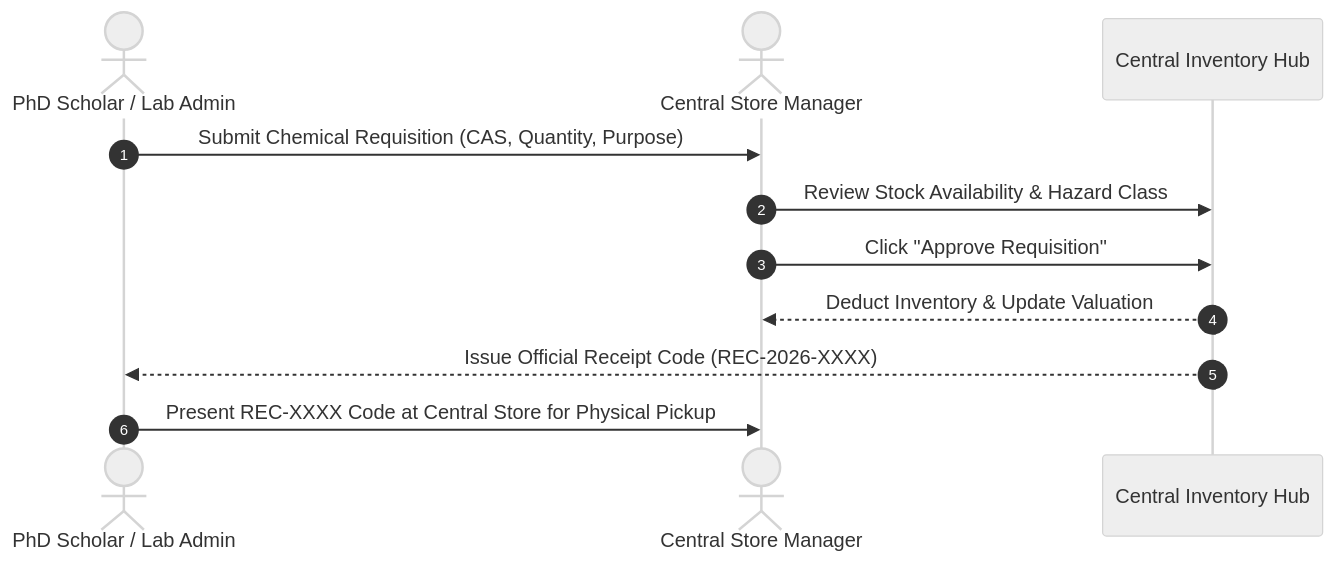
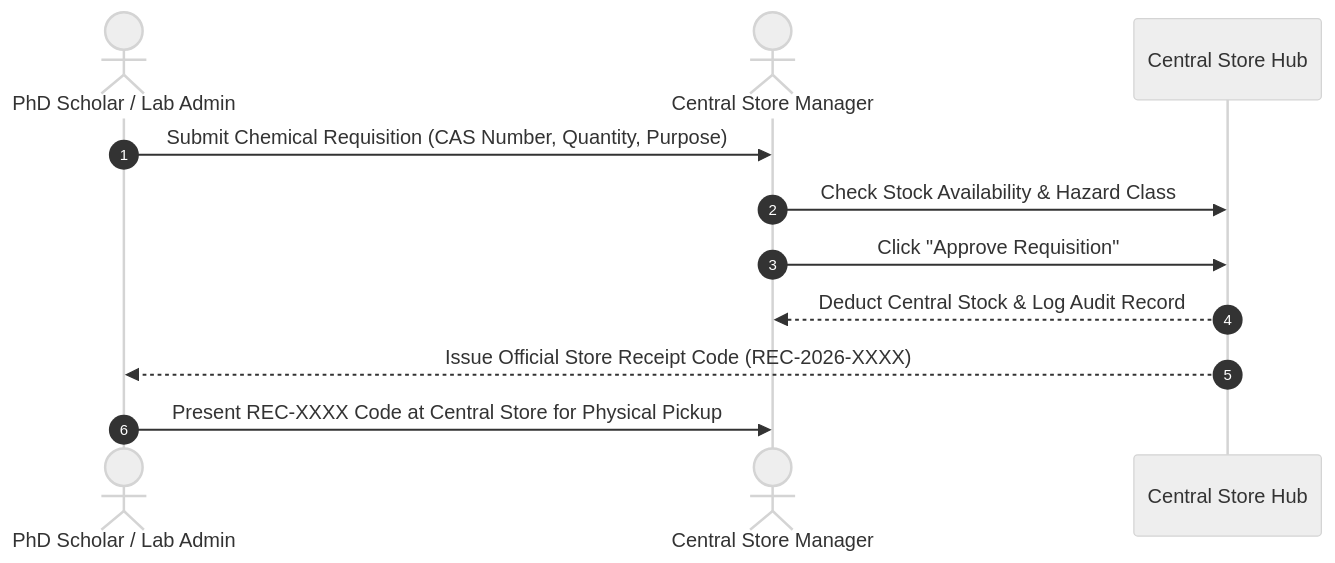
One commit to rasayanflowsgsits-creator/RasayanFlow2.0 changed the second of 2 diagrams in README.md. Above: the diagram before and after it, drawn with Mermaid (neutral theme). The commit also changed other lines of this file, not shown here.

Commit message:
README: Make README.md ultra-creative with ASCII banners, mermaid diagrams, role manual cards, carousels, and shields

````diff
--- a/README.md
+++ b/README.md
@@ -94,14 +120,14 @@
 ```mermaid
 sequenceDiagram
     autonumber
     actor PhD as PhD Scholar / Lab Admin
     actor SM as Central Store Manager
-    participant Store as Central Inventory Hub
+    participant Store as Central Store Hub
 
-    PhD->>SM: Submit Chemical Requisition (CAS, Quantity, Purpose)
-    SM->>Store: Review Stock Availability & Hazard Class
+    PhD->>SM: Submit Chemical Requisition (CAS Number, Quantity, Purpose)
+    SM->>Store: Check Stock Availability & Hazard Class
     SM->>Store: Click "Approve Requisition"
-    Store-->>SM: Deduct Inventory & Update Valuation
-    Store-->>PhD: Issue Official Receipt Code (REC-2026-XXXX)
+    Store-->>SM: Deduct Central Stock & Log Audit Record
+    Store-->>PhD: Issue Official Store Receipt Code (REC-2026-XXXX)
     PhD->>SM: Present REC-XXXX Code at Central Store for Physical Pickup
 ```
````
